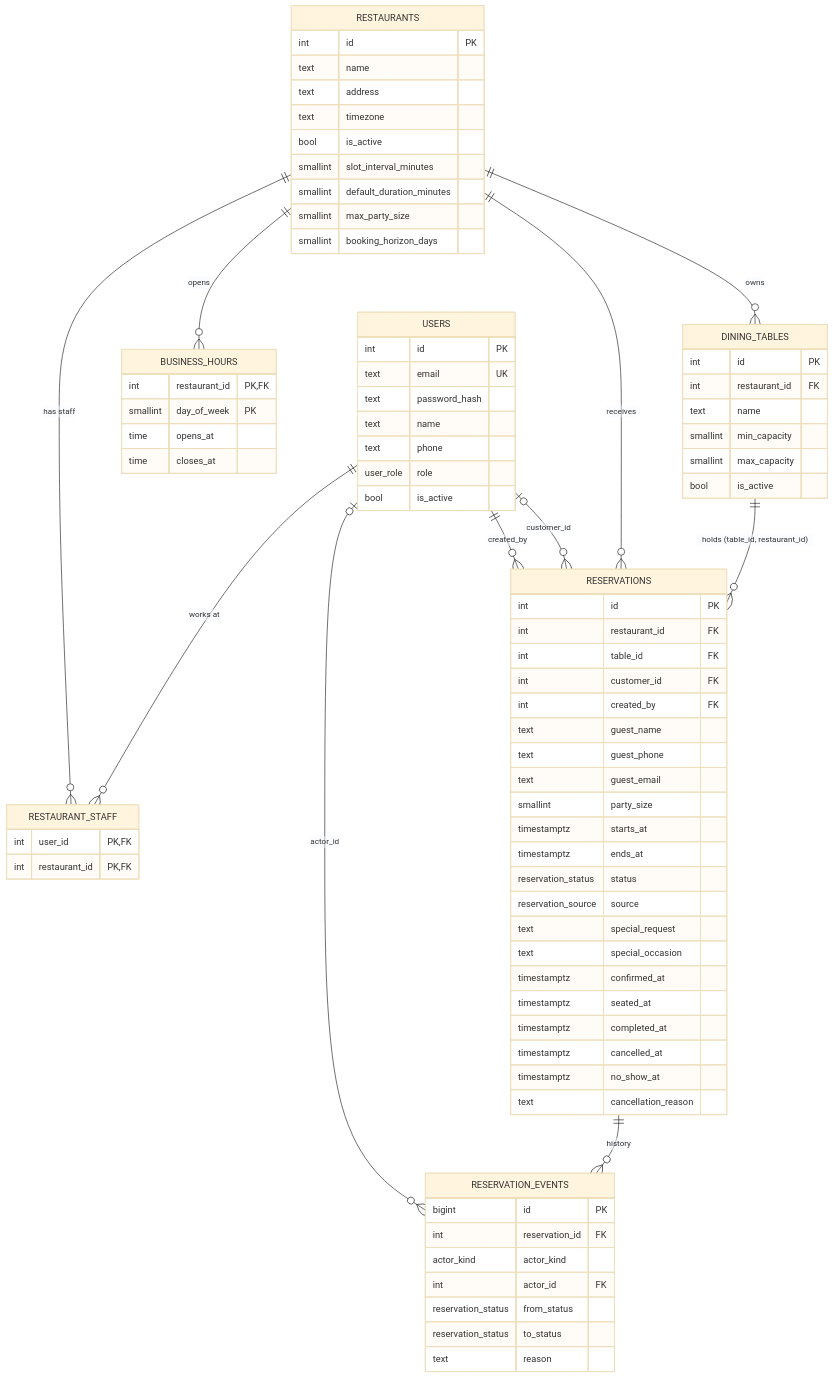
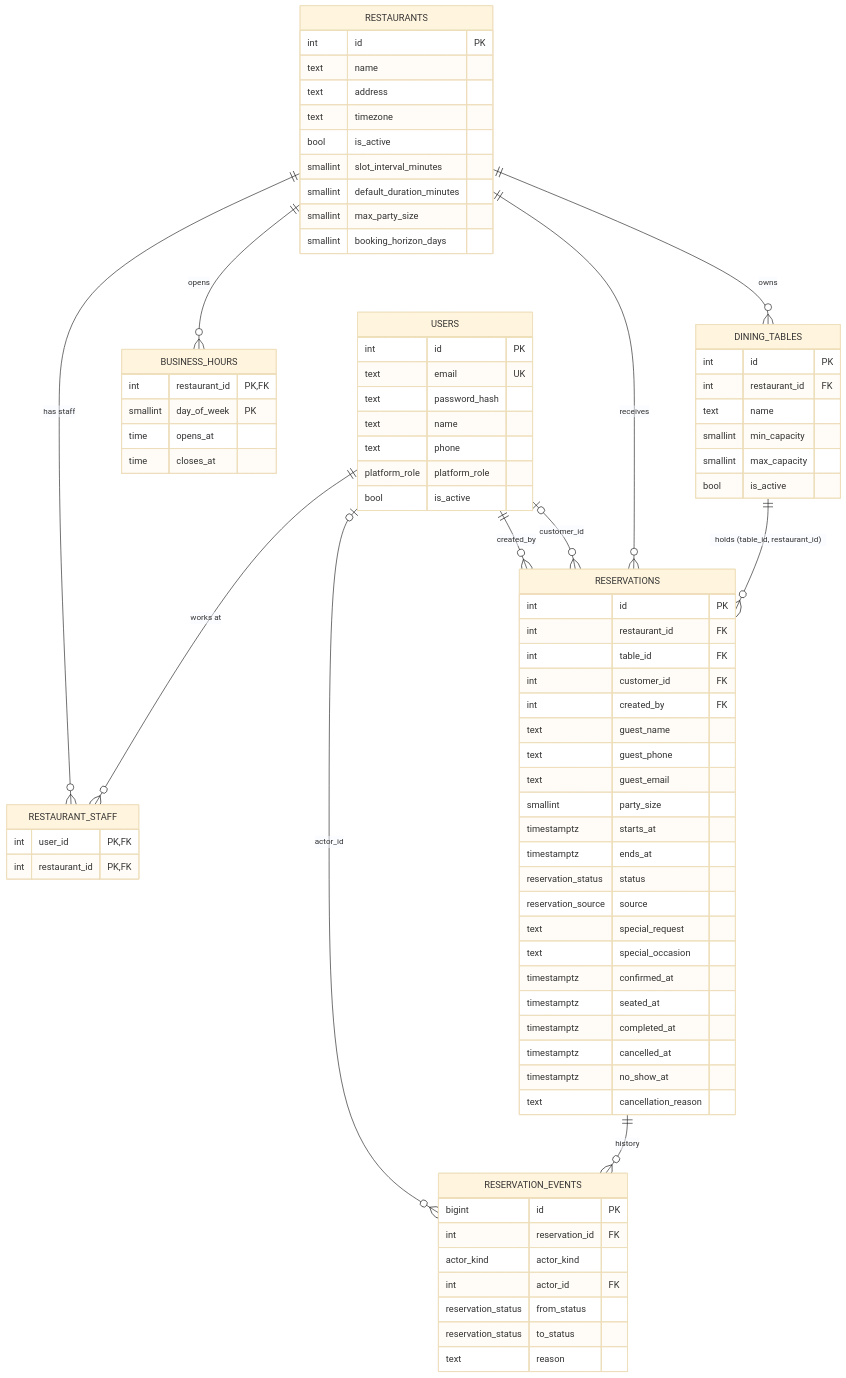
Before and after one commit to rishavvbasnett/OrangeRSVP: the diagram in backend/DOMAIN.md, drawn with Mermaid (base theme). The commit also changed other lines of this file and 12 other files, not shown here.

```diff
--- a/backend/DOMAIN.md
+++ b/backend/DOMAIN.md
@@ -231,7 +231,7 @@
     text password_hash
     text name
     text phone
-    user_role role
+    platform_role platform_role
     bool is_active
   }
   RESTAURANTS {
```
